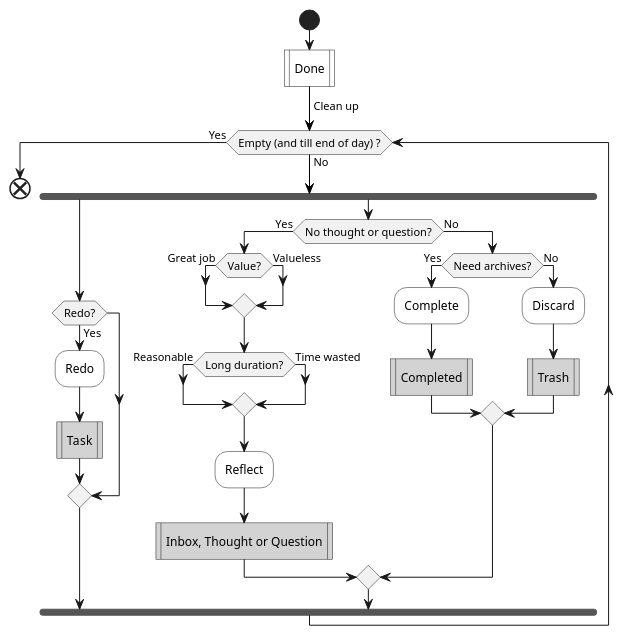
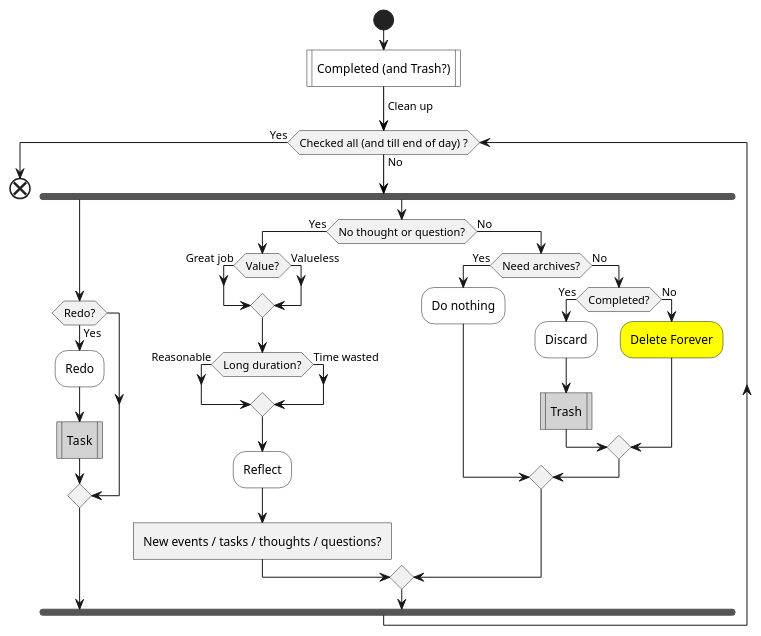
Before and after one commit to IceHe/icehe-lib: the fourth of 4 diagrams in lifelogs/rehabilitation.md, drawn with PlantUML.

Commit message:
2020-12-18 23:35:06 Fri

````diff
--- a/lifelogs/rehabilitation.md
+++ b/lifelogs/rehabilitation.md
@@ -370,35 +370,38 @@
 ```plantuml
 @startuml
 start
-#white:Done|
+#white:Completed (and Trash?)|
 -[#black]-> Clean up;
-while (Empty (and till end of day) ?) is (No)
+while (Checked all (and till end of day) ?) is (No)
     fork
         if (Redo?) then (Yes)
             #white:Redo;
             #lightGray:Task|
         endif
     fork again
         if (No thought or question?) then (Yes)
             if (Value?) then (Great job)
             else (Valueless)
             endif
             if (Long duration?) then (Reasonable)
             else (Time wasted)
             endif
             #white:Reflect;
-            #lightGray:Inbox, Thought or Question|
+            :New events / tasks / thoughts / questions?]
         else (No)
             if (Need archives?) then (Yes)
-                #white:Complete;
-                #lightGray:Completed|
+                #white:Do nothing;
             else (No)
-                #white:Discard;
-                #lightGray:Trash|
+                if (Completed?) then (Yes)
+                    #white:Discard;
+                    #lightGray:Trash|
+                else (No)
+                    #yellow:Delete Forever;
+                endif
             endif
         endif
     end fork
 endwhile (Yes)
 end
 @enduml
 ```
````
